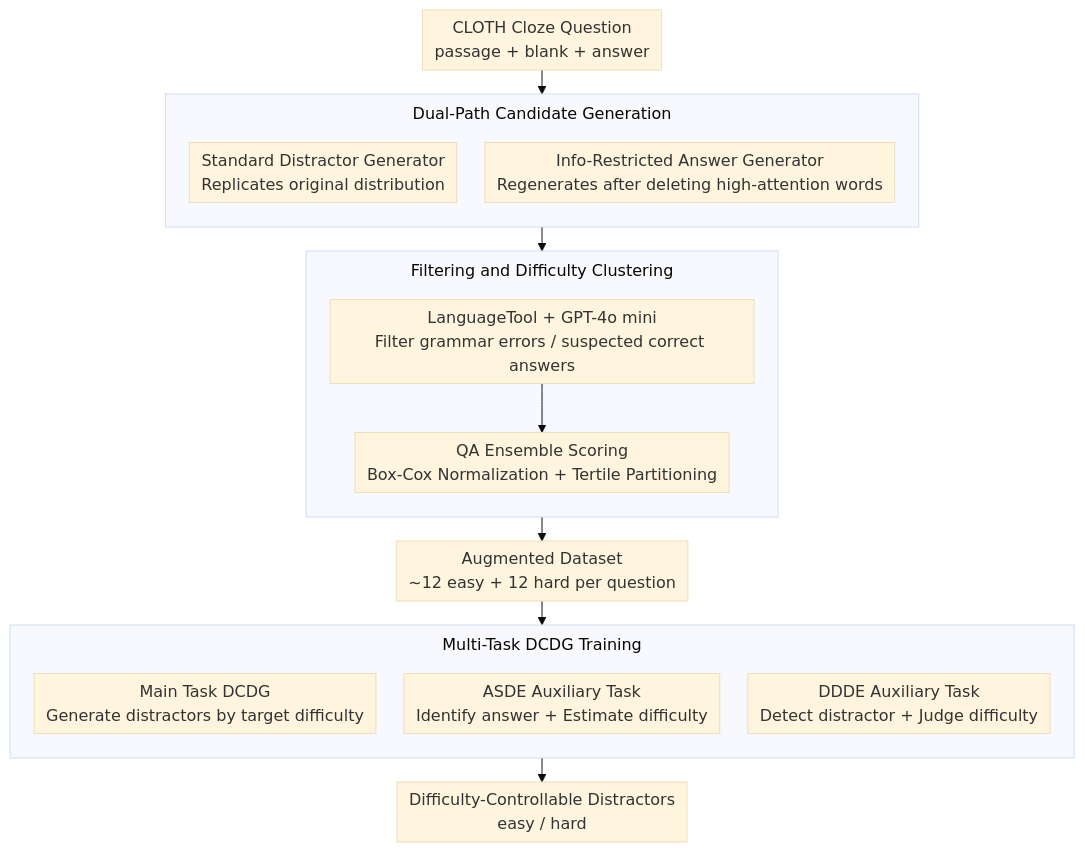
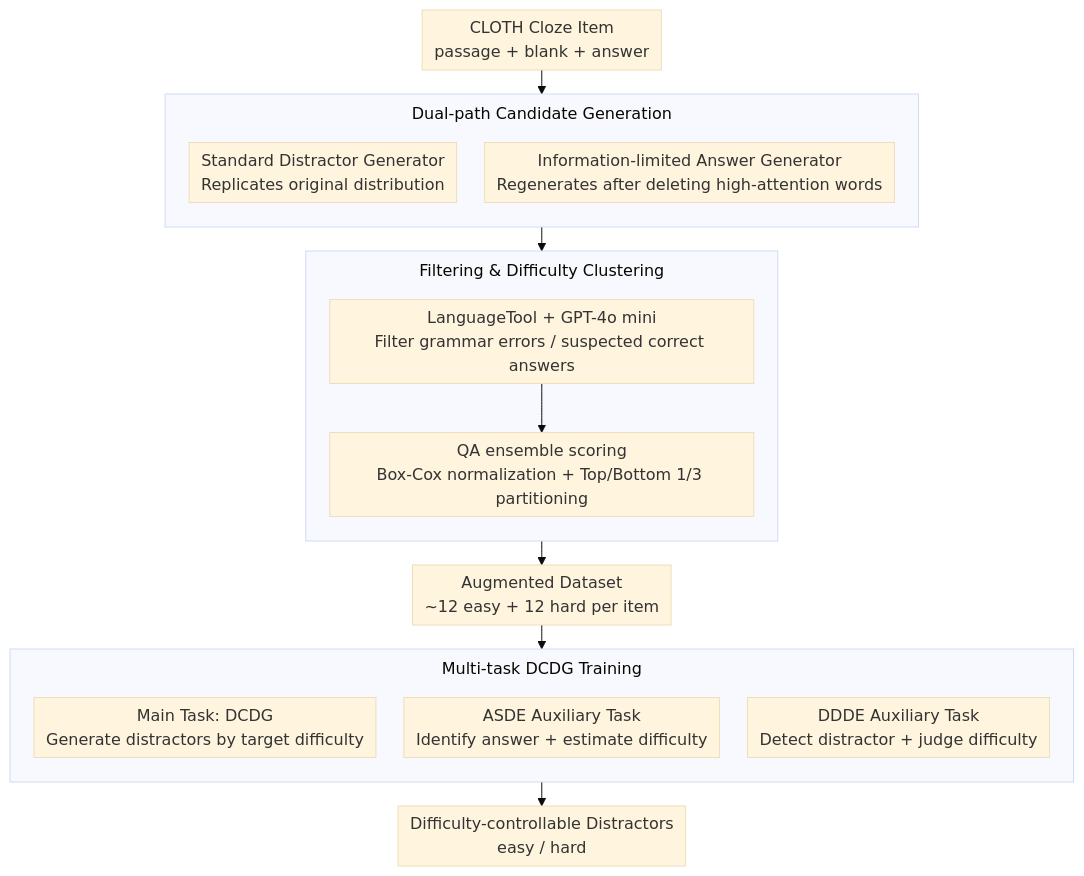
Before and after one commit to zhaoyang97/Paper-Notes-en: the diagram in docs/ACL2026/nlp_generation/difficulty-controllable_cloze_question_distractor_generation.md, drawn with Mermaid (base theme). The commit also changed other lines of this file and 5084 other files, not shown here.

````diff
--- a/docs/ACL2026/nlp_generation/difficulty-controllable_cloze_question_distractor_generation.md
+++ b/docs/ACL2026/nlp_generation/difficulty-controllable_cloze_question_distractor_generation.md
@@ -44,26 +44,26 @@
 ```mermaid
 %%{init: {'flowchart': {'rankSpacing': 24, 'nodeSpacing': 28, 'padding': 6, 'wrappingWidth': 400, 'subGraphTitleMargin': {'top': 8, 'bottom': 16}}}}%%
 flowchart TD
-    A["CLOTH Cloze Question<br/>passage + blank + answer"] --> S1
-    subgraph S1["Dual-Path Candidate Generation"]
+    A["CLOTH Cloze Item<br/>passage + blank + answer"] --> S1
+    subgraph S1["Dual-path Candidate Generation"]
         direction TB
         B["Standard Distractor Generator<br/>Replicates original distribution"]
-        C["Info-Restricted Answer Generator<br/>Regenerates after deleting high-attention words"]
+        C["Information-limited Answer Generator<br/>Regenerates after deleting high-attention words"]
     end
     S1 --> S2
-    subgraph S2["Filtering and Difficulty Clustering"]
+    subgraph S2["Filtering & Difficulty Clustering"]
         direction TB
         E["LanguageTool + GPT-4o mini<br/>Filter grammar errors / suspected correct answers"]
-        F["QA Ensemble Scoring<br/>Box-Cox Normalization + Tertile Partitioning"]
+        F["QA ensemble scoring<br/>Box-Cox normalization + Top/Bottom 1/3 partitioning"]
         E --> F
     end
-    S2 --> G["Augmented Dataset<br/>~12 easy + 12 hard per question"]
+    S2 --> G["Augmented Dataset<br/>~12 easy + 12 hard per item"]
     G --> S3
-    subgraph S3["Multi-Task DCDG Training"]
+    subgraph S3["Multi-task DCDG Training"]
         direction TB
-        H["Main Task DCDG<br/>Generate distractors by target difficulty"]
-        I["ASDE Auxiliary Task<br/>Identify answer + Estimate difficulty"]
-        J["DDDE Auxiliary Task<br/>Detect distractor + Judge difficulty"]
+        H["Main Task: DCDG<br/>Generate distractors by target difficulty"]
+        I["ASDE Auxiliary Task<br/>Identify answer + estimate difficulty"]
+        J["DDDE Auxiliary Task<br/>Detect distractor + judge difficulty"]
     end
-    S3 --> K["Difficulty-Controllable Distractors<br/>easy / hard"]
+    S3 --> K["Difficulty-controllable Distractors<br/>easy / hard"]
 ```
````
